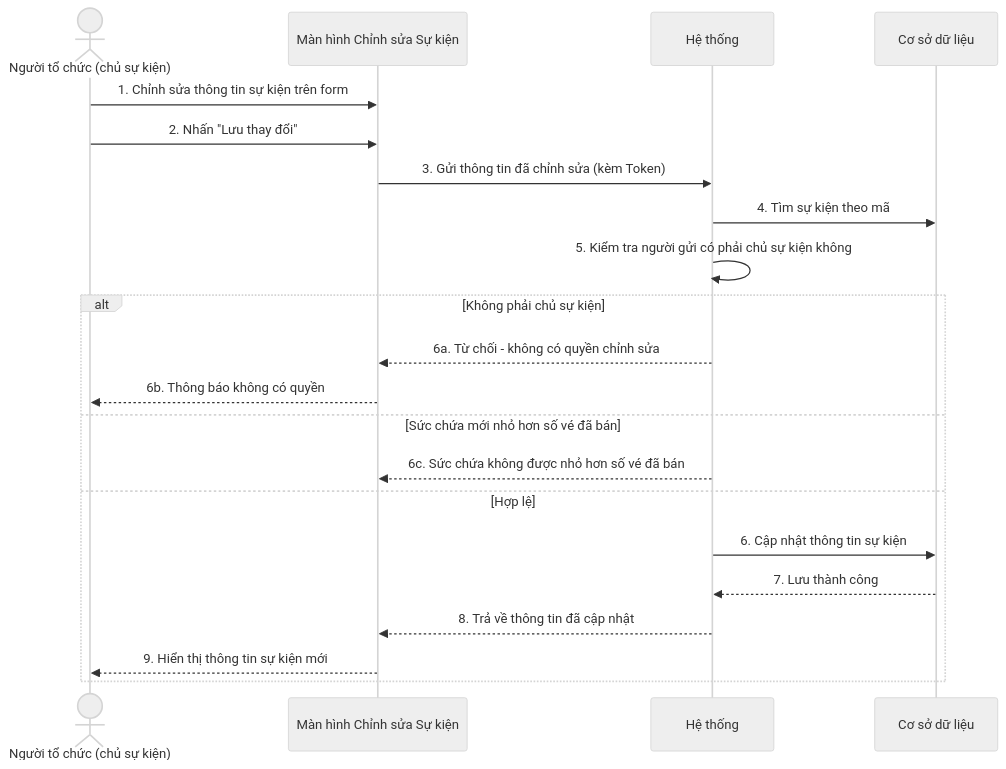
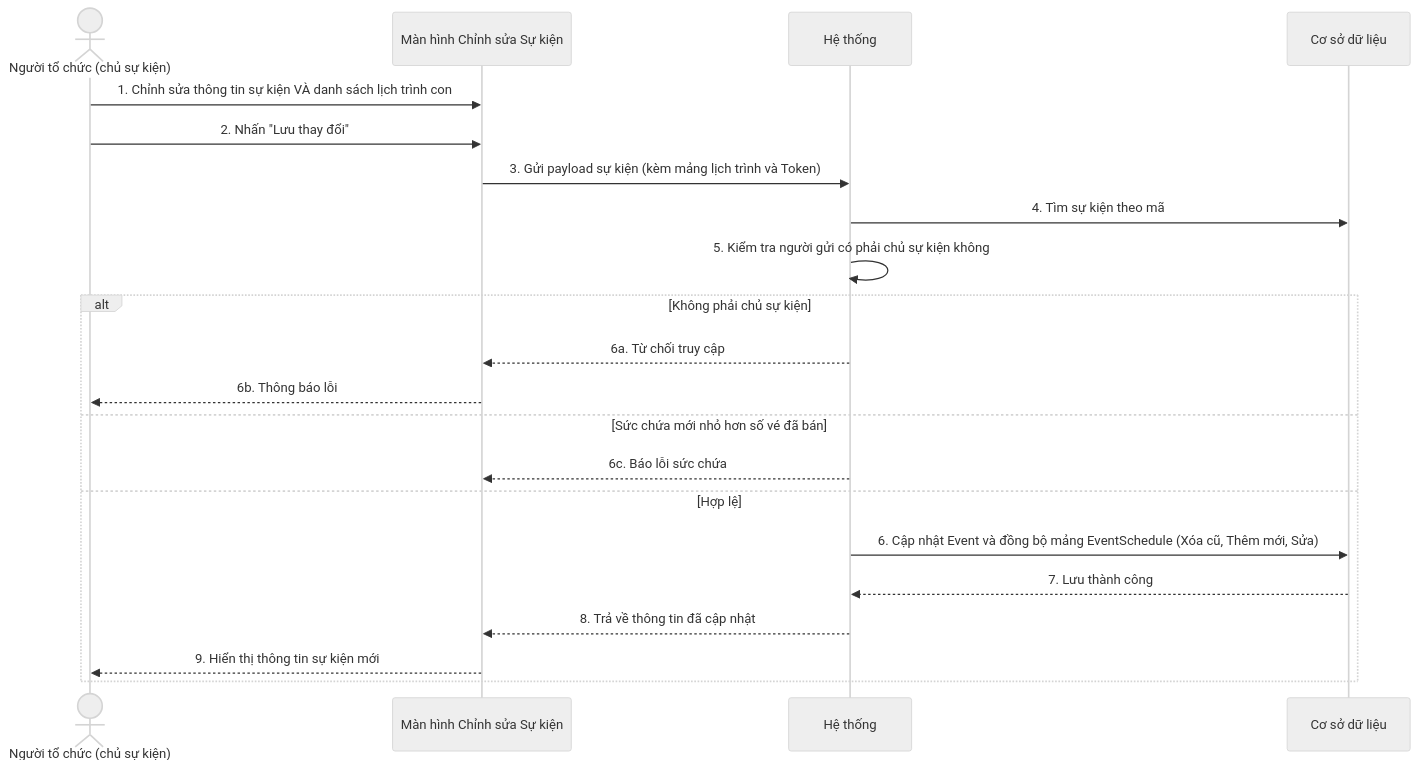
The tenth of 12 diagrams in doc/system_analysis/sequence diagram/05b_sequence_event.md (ChuDucAnh21/BE-quan-ly-su-kien), drawn with Mermaid (neutral theme) before and after one commit. The commit also changed other lines of this file and 22 other files, not shown here.

````diff
--- a/doc/system_analysis/sequence diagram/05b_sequence_event.md
+++ b/doc/system_analysis/sequence diagram/05b_sequence_event.md
@@ -210,24 +237,24 @@
 ```mermaid
 sequenceDiagram
     actor Org as Người tổ chức (chủ sự kiện)
     participant UI as Màn hình Chỉnh sửa Sự kiện
     participant HT as Hệ thống
     participant DB as Cơ sở dữ liệu
 
-    Org->>UI: 1. Chỉnh sửa thông tin sự kiện trên form
+    Org->>UI: 1. Chỉnh sửa thông tin sự kiện VÀ danh sách lịch trình con
     Org->>UI: 2. Nhấn "Lưu thay đổi"
-    UI->>HT: 3. Gửi thông tin đã chỉnh sửa (kèm Token)
+    UI->>HT: 3. Gửi payload sự kiện (kèm mảng lịch trình và Token)
     HT->>DB: 4. Tìm sự kiện theo mã
     HT->>HT: 5. Kiểm tra người gửi có phải chủ sự kiện không
     alt Không phải chủ sự kiện
-        HT-->>UI: 6a. Từ chối - không có quyền chỉnh sửa
-        UI-->>Org: 6b. Thông báo không có quyền
+        HT-->>UI: 6a. Từ chối truy cập
+        UI-->>Org: 6b. Thông báo lỗi
     else Sức chứa mới nhỏ hơn số vé đã bán
-        HT-->>UI: 6c. Sức chứa không được nhỏ hơn số vé đã bán
+        HT-->>UI: 6c. Báo lỗi sức chứa
     else Hợp lệ
-        HT->>DB: 6. Cập nhật thông tin sự kiện
+        HT->>DB: 6. Cập nhật Event và đồng bộ mảng EventSchedule (Xóa cũ, Thêm mới, Sửa)
         DB-->>HT: 7. Lưu thành công
         HT-->>UI: 8. Trả về thông tin đã cập nhật
         UI-->>Org: 9. Hiển thị thông tin sự kiện mới
     end
 ```
````
